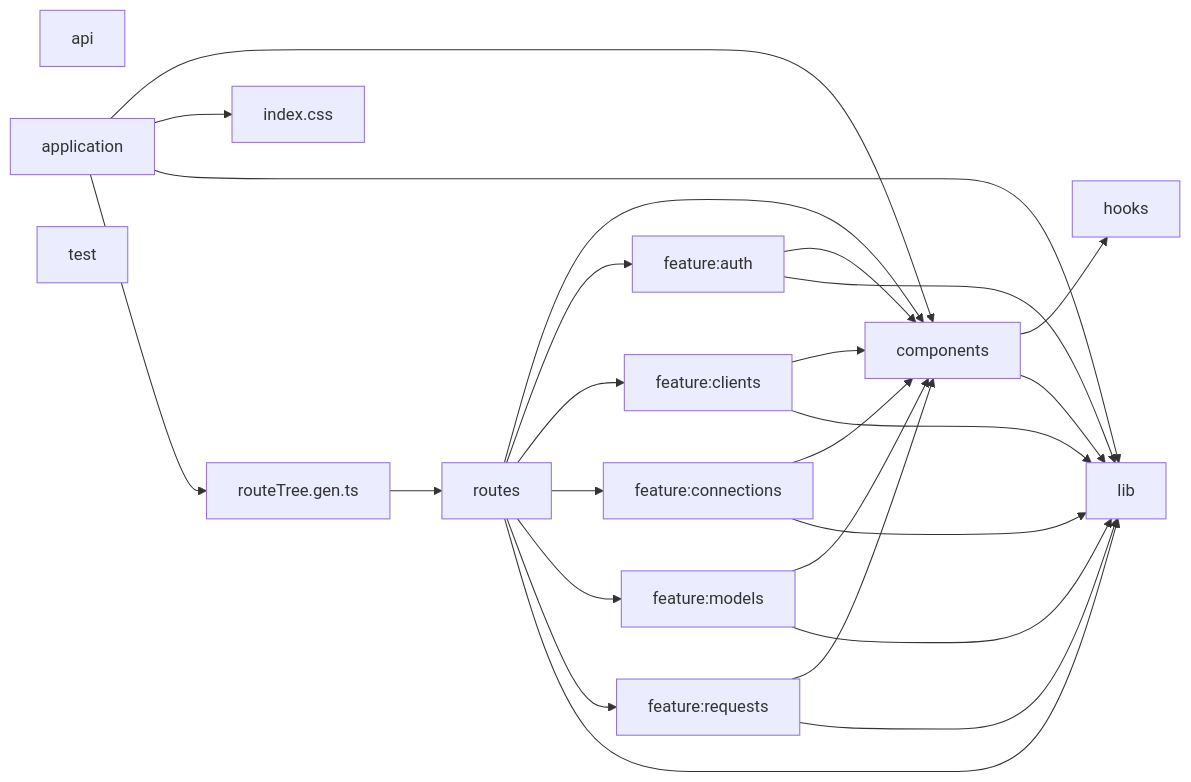
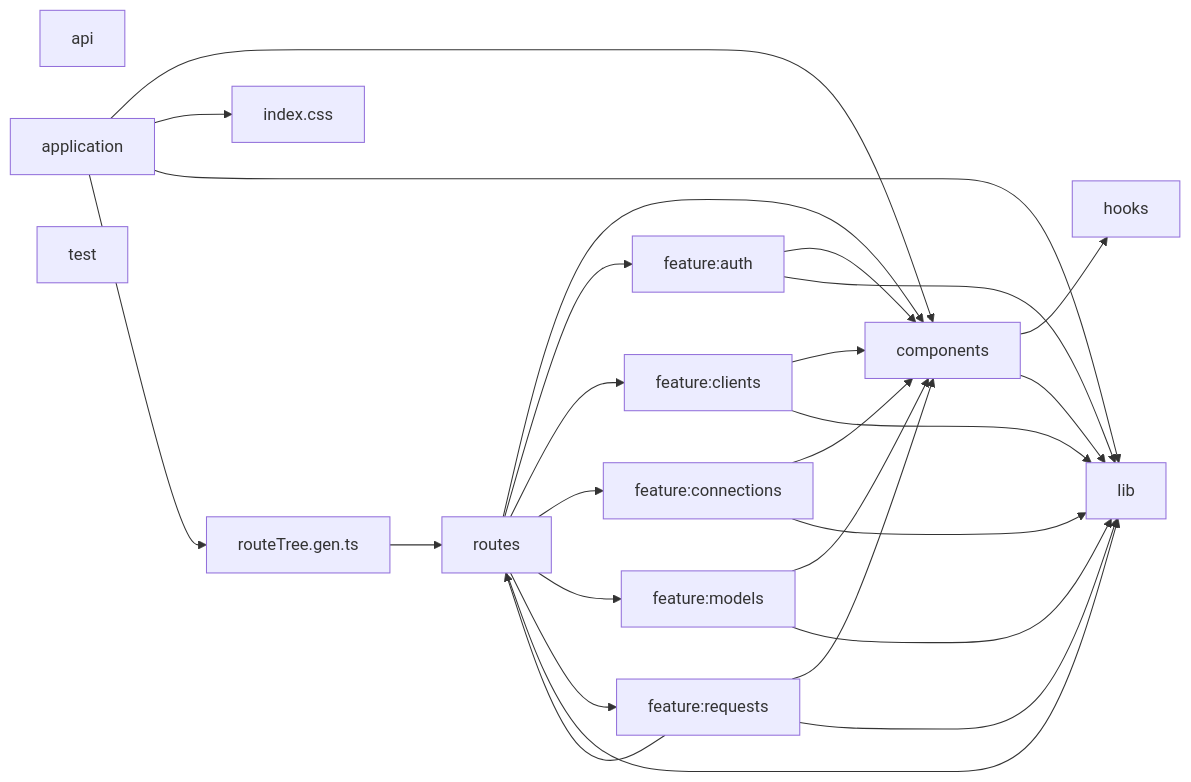
One commit to zzwtsy/ai-api-gateway changed the second of 2 diagrams in docs/architecture/generated-module-graph.md. Above: the diagram before and after it, drawn with Mermaid. The commit also changed other lines of this file and 76 other files, not shown here.

````diff
--- a/docs/architecture/generated-module-graph.md
+++ b/docs/architecture/generated-module-graph.md
@@ -105,41 +105,42 @@
 ```mermaid
 flowchart LR
   n_617069["api"]
   n_6170706c69636174696f6e["application"]
   n_636f6d706f6e656e7473["components"]
   n_666561747572653a61757468["feature:auth"]
   n_666561747572653a636c69656e7473["feature:clients"]
   n_666561747572653a636f6e6e656374696f6e73["feature:connections"]
   n_666561747572653a6d6f64656c73["feature:models"]
   n_666561747572653a7265717565737473["feature:requests"]
   n_686f6f6b73["hooks"]
   n_696e6465782e637373["index.css"]
   n_6c6962["lib"]
   n_726f757465547265652e67656e2e7473["routeTree.gen.ts"]
   n_726f75746573["routes"]
   n_74657374["test"]
   n_6170706c69636174696f6e --> n_636f6d706f6e656e7473
   n_6170706c69636174696f6e --> n_696e6465782e637373
   n_6170706c69636174696f6e --> n_6c6962
   n_6170706c69636174696f6e --> n_726f757465547265652e67656e2e7473
   n_636f6d706f6e656e7473 --> n_686f6f6b73
   n_636f6d706f6e656e7473 --> n_6c6962
   n_666561747572653a61757468 --> n_636f6d706f6e656e7473
   n_666561747572653a61757468 --> n_6c6962
   n_666561747572653a636c69656e7473 --> n_636f6d706f6e656e7473
   n_666561747572653a636c69656e7473 --> n_6c6962
   n_666561747572653a636f6e6e656374696f6e73 --> n_636f6d706f6e656e7473
   n_666561747572653a636f6e6e656374696f6e73 --> n_6c6962
   n_666561747572653a6d6f64656c73 --> n_636f6d706f6e656e7473
   n_666561747572653a6d6f64656c73 --> n_6c6962
   n_666561747572653a7265717565737473 --> n_636f6d706f6e656e7473
   n_666561747572653a7265717565737473 --> n_6c6962
+  n_666561747572653a7265717565737473 --> n_726f75746573
   n_726f75746573 --> n_636f6d706f6e656e7473
   n_726f75746573 --> n_666561747572653a61757468
   n_726f75746573 --> n_666561747572653a636c69656e7473
   n_726f75746573 --> n_666561747572653a636f6e6e656374696f6e73
   n_726f75746573 --> n_666561747572653a6d6f64656c73
   n_726f75746573 --> n_666561747572653a7265717565737473
   n_726f75746573 --> n_6c6962
   n_726f757465547265652e67656e2e7473 --> n_726f75746573
 ```
````
